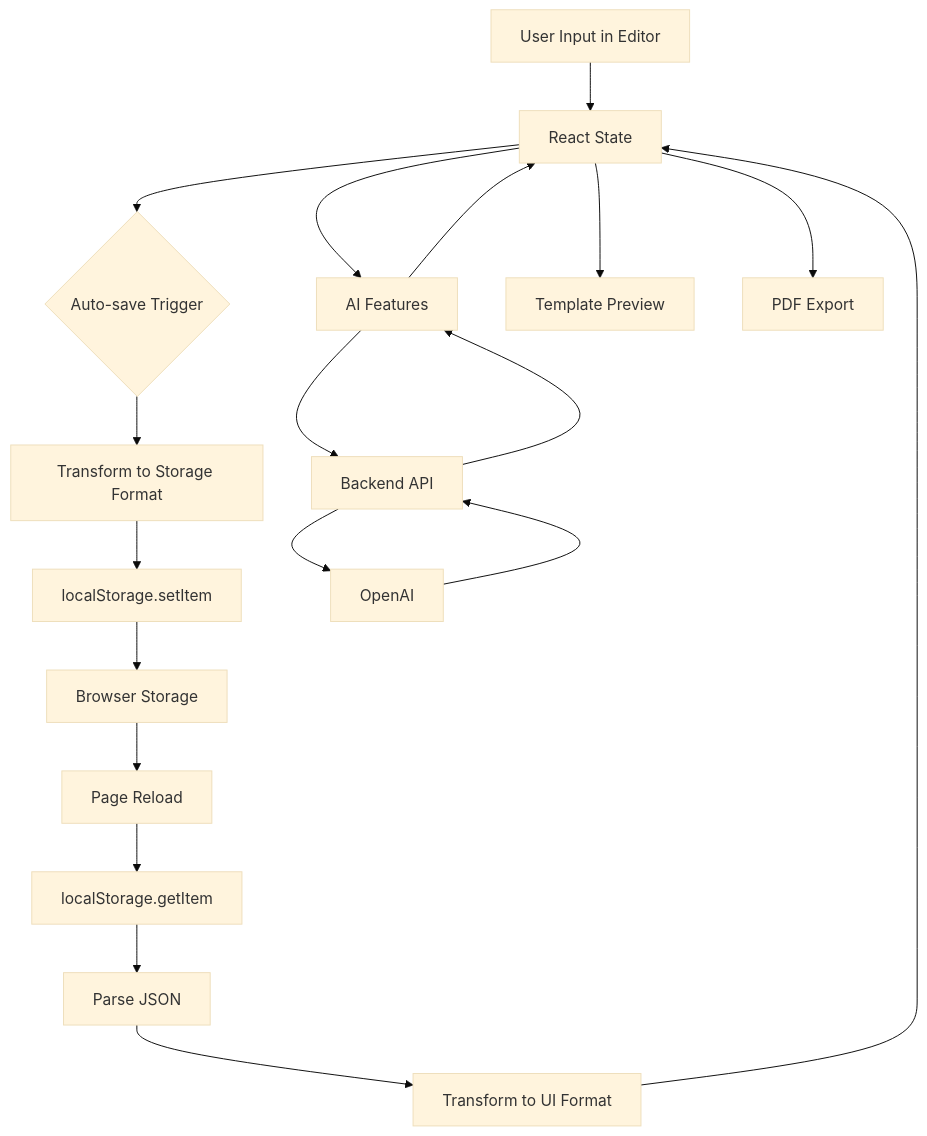
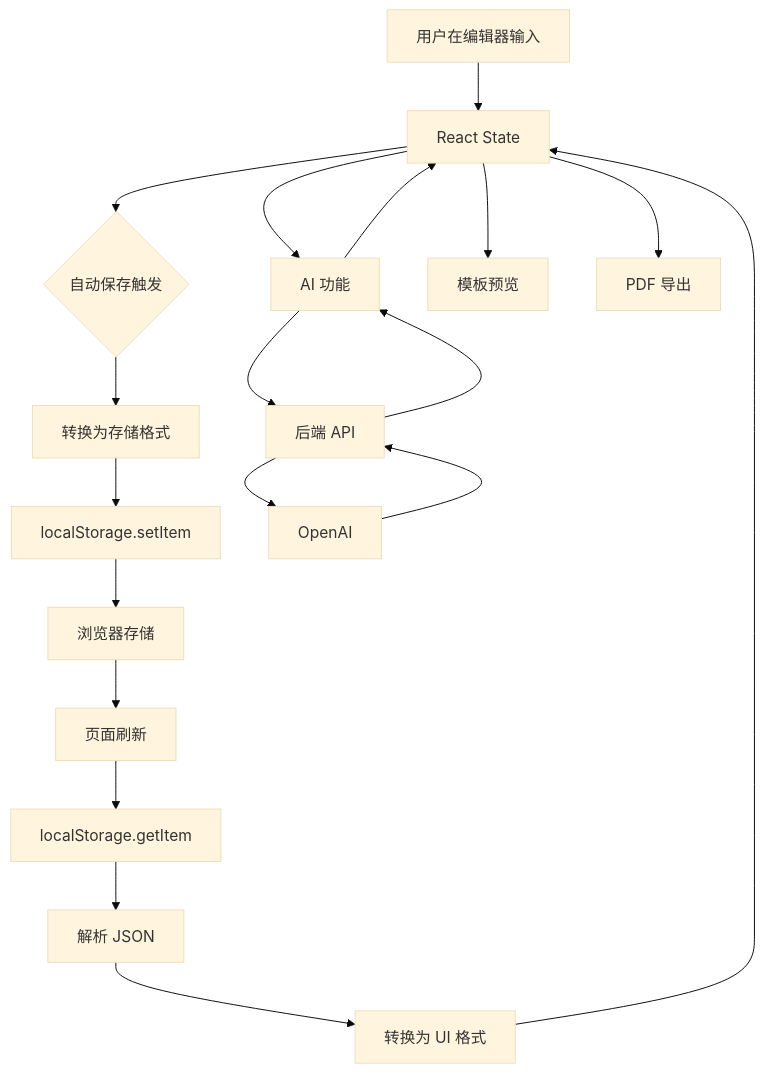
One commit to LYL-TUST/cv-tailor changed the second of 2 diagrams in ER_DIAGRAM.md. Above: the diagram before and after it, drawn with Mermaid (base theme). The commit also changed other lines of this file and 2901 other files, not shown here.

````diff
--- a/ER_DIAGRAM.md
+++ b/ER_DIAGRAM.md
@@ -277,24 +277,24 @@
 ```mermaid
 flowchart TD
-    A[User Input in Editor] --> B[React State]
-    B --> C{Auto-save Trigger}
-    C --> D[Transform to Storage Format]
+    A[用户在编辑器输入] --> B[React State]
+    B --> C{自动保存触发}
+    C --> D[转换为存储格式]
     D --> E[localStorage.setItem]
-    E --> F[Browser Storage]
-    
-    F --> G[Page Reload]
+    E --> F[浏览器存储]
+
+    F --> G[页面刷新]
     G --> H[localStorage.getItem]
-    H --> I[Parse JSON]
-    I --> J[Transform to UI Format]
+    H --> I[解析 JSON]
+    I --> J[转换为 UI 格式]
     J --> B
-    
-    B --> K[AI Features]
-    K --> L[Backend API]
+
+    B --> K[AI 功能]
+    K --> L[后端 API]
     L --> M[OpenAI]
     M --> L
     L --> K
     K --> B
-    
-    B --> N[Template Preview]
-    B --> O[PDF Export]
+
+    B --> N[模板预览]
+    B --> O[PDF 导出]
 ```
````
